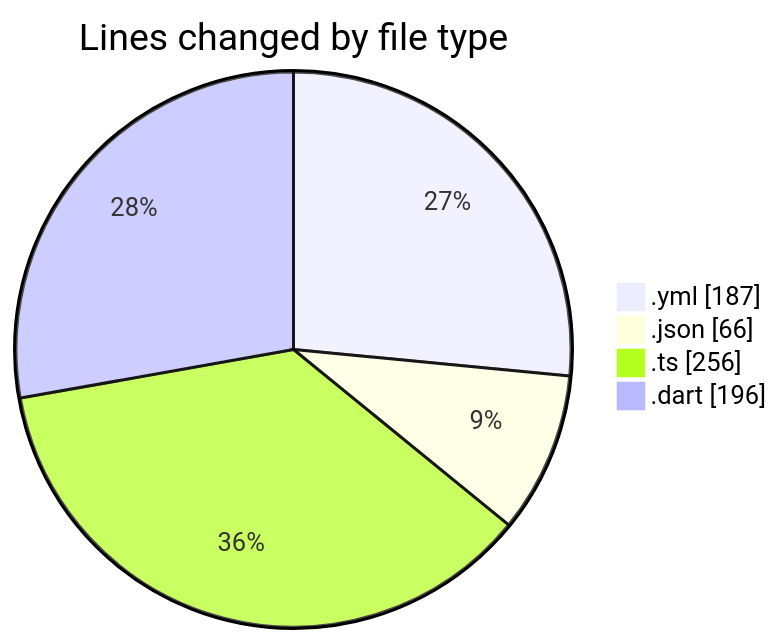
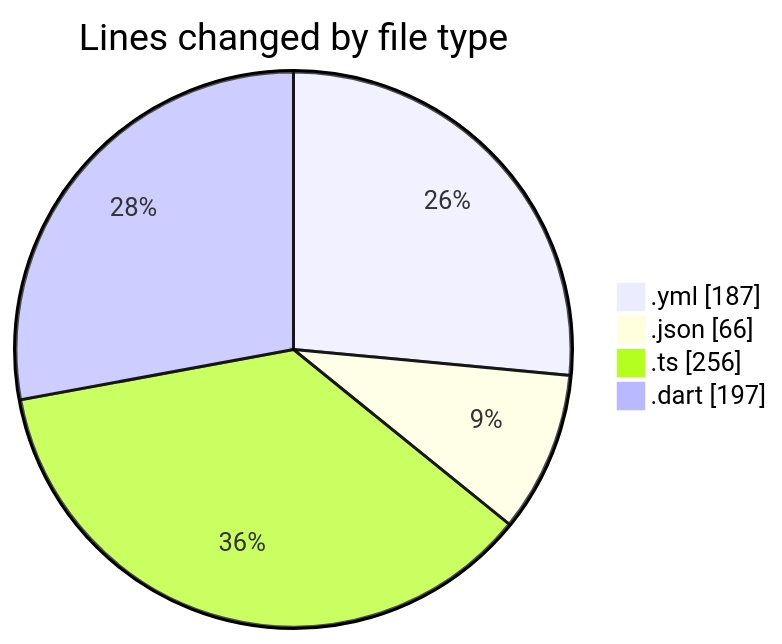
One commit to donsfak/code-tracking changed the first of 2 diagrams in 2025-02-10/maps_clone/README.md. Above: the diagram before and after it, drawn with Mermaid. The commit also changed other lines of this file and 1 other file, not shown here.

````diff
--- a/2025-02-10/maps_clone/README.md
+++ b/2025-02-10/maps_clone/README.md
@@ -27,8 +27,8 @@
 ```mermaid
 pie showData
 title Lines changed by file type
 ".yml" : 187
 ".json" : 66
 ".ts" : 256
-".dart" : 196
+".dart" : 197
 ```
````
